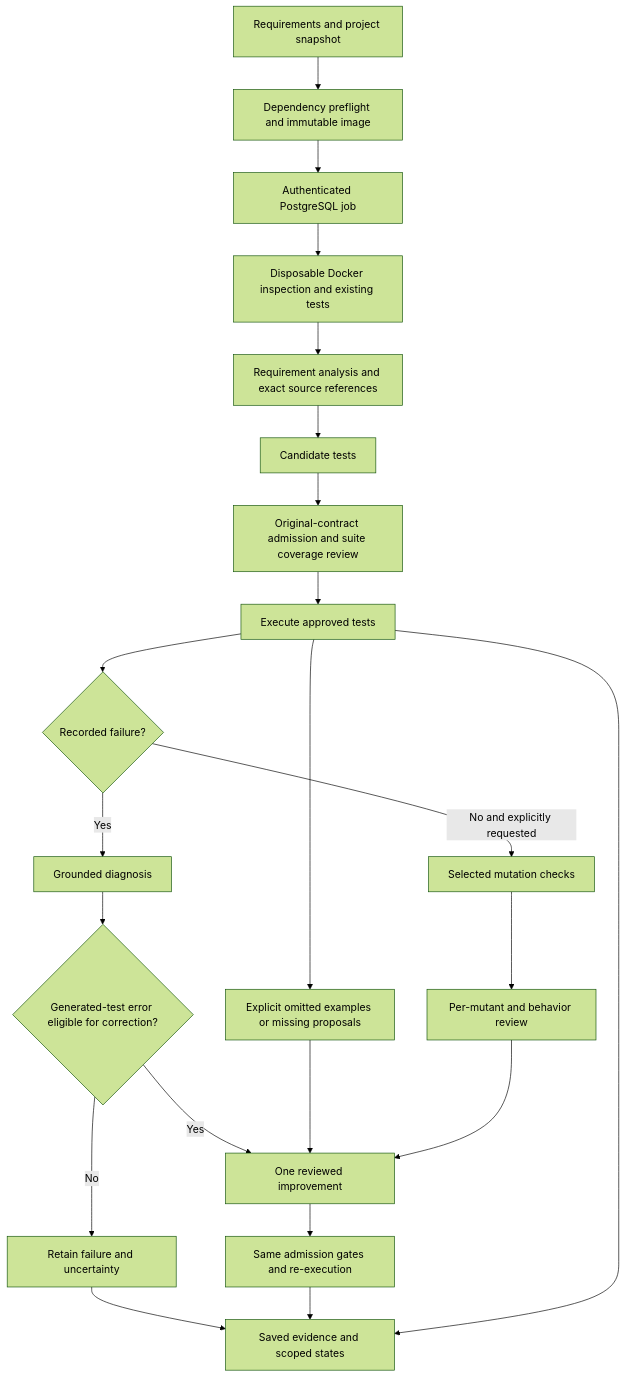
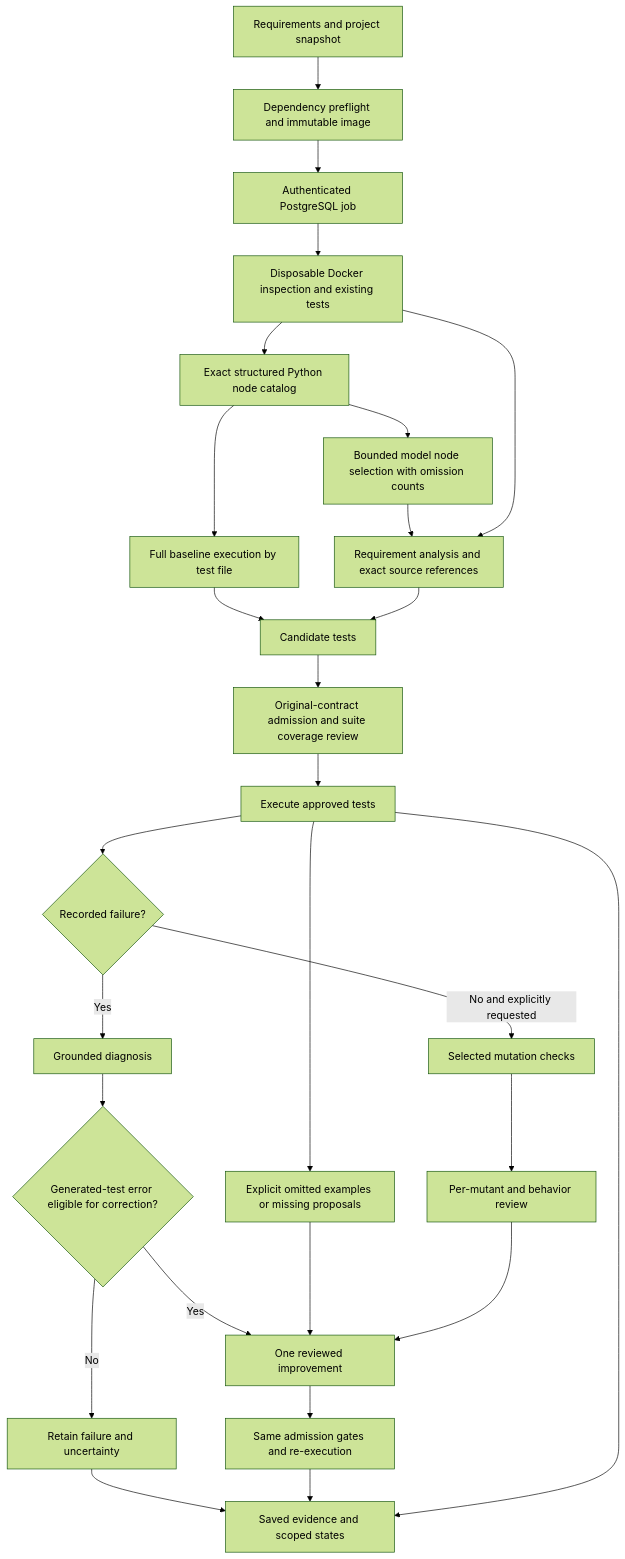
Before and after one commit to zheng515/ELEC5623_TestAgent: the diagram in docs/architecture.md, drawn with Mermaid (forest theme). The commit also changed other lines of this file and 501 other files, not shown here.

````diff
--- a/docs/architecture.md
+++ b/docs/architecture.md
@@ -9,24 +9,29 @@
 ```mermaid
 flowchart TD
     Input[Requirements and project snapshot] --> Setup[Dependency preflight and immutable image]
     Setup --> Queue[Authenticated PostgreSQL job]
     Queue --> Inspect[Disposable Docker inspection and existing tests]
+    Inspect --> Catalog[Exact structured Python node catalog]
+    Catalog --> Baseline[Full baseline execution by test file]
+    Catalog --> Context[Bounded model node selection with omission counts]
+    Context --> Analyze
+    Baseline --> Generate
     Inspect --> Analyze[Requirement analysis and exact source references]
     Analyze --> Generate[Candidate tests]
     Generate --> Review[Original-contract admission and suite coverage review]
     Review --> Execute[Execute approved tests]
     Execute --> Failure{Recorded failure?}
     Failure -->|Yes| Diagnose[Grounded diagnosis]
     Diagnose --> Eligible{Generated-test error eligible for correction?}
     Eligible -->|Yes| Improve[One reviewed improvement]
     Eligible -->|No| Retain[Retain failure and uncertainty]
     Execute --> Gaps[Explicit omitted examples or missing proposals]
     Gaps --> Improve
     Failure -->|No and explicitly requested| Mutate[Selected mutation checks]
     Mutate --> Survivors[Per-mutant and behavior review]
     Survivors --> Improve
     Improve --> ReviewAgain[Same admission gates and re-execution]
     Retain --> Evidence[Saved evidence and scoped states]
     ReviewAgain --> Evidence
     Execute --> Evidence
 ```
````
